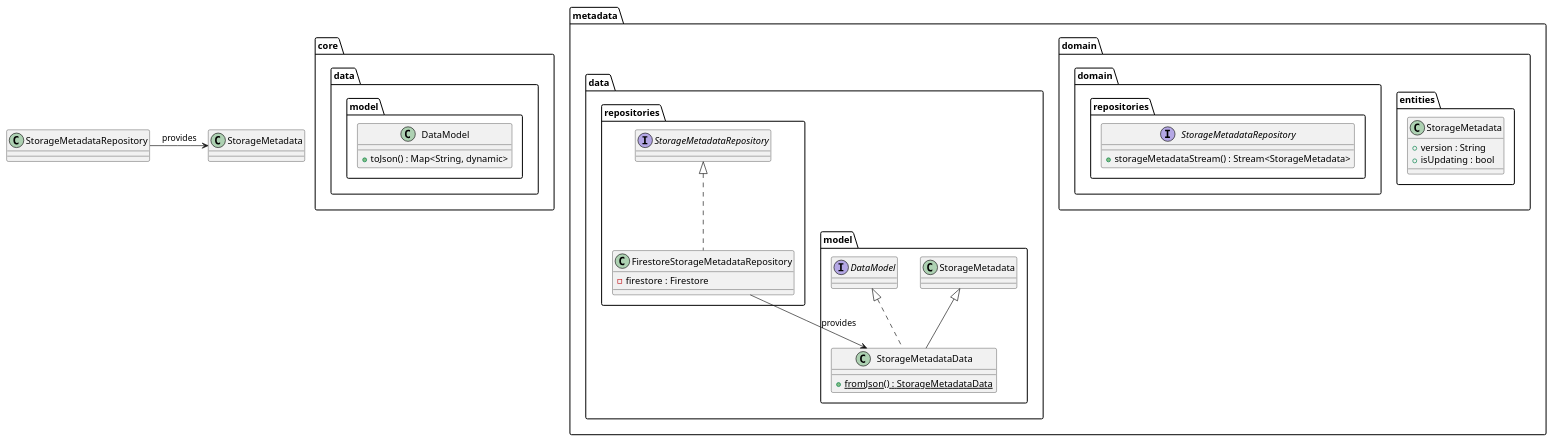
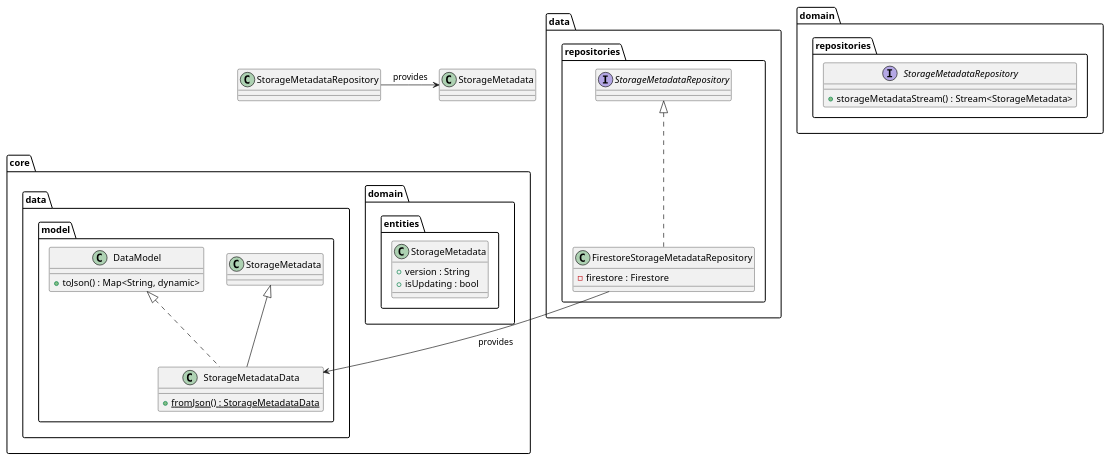
Before and after one commit to Flank/flank-dashboard: the diagram in metrics/web/docs/features/supported_database_version/diagrams/metadata_data_class_diagram.puml, drawn with PlantUML. The commit also changed 5 other files, not shown here.

Commit message:
Fix web docs and diagrams contents

```diff
--- a/metrics/web/docs/features/supported_database_version/diagrams/metadata_data_class_diagram.puml
+++ b/metrics/web/docs/features/supported_database_version/diagrams/metadata_data_class_diagram.puml
@@ -1,48 +1,41 @@
 @startuml metadata_data_class_diagram
 
-package core.data.model {
-    class DataModel {
-        + toJson() : Map<String, dynamic>
+package core {
+    package domain.entities {
+        class StorageMetadata {
+            + version : String
+            + isUpdating : bool
+        }
+    }
+
+    package data.model {
+        class StorageMetadataData extends StorageMetadata implements DataModel {
+            + {static} fromJson() : StorageMetadataData
+        }
+
+        class DataModel {
+            + toJson() : Map<String, dynamic>
+        }
     }
 }
 
-package metadata {
 
-    package domain {
-        package entities {
-            class StorageMetadata {
-                + version : String
-                + isUpdating : bool
-            }
-        }
-
-        package repositories as domain.repositories {
-            interface StorageMetadataRepository {
-                + storageMetadataStream() : Stream<StorageMetadata>
-            }
-        }
-
-    }
-
-    package data {
-        package model {
-            class StorageMetadataData extends StorageMetadata implements DataModel {
-                + {static} fromJson() : StorageMetadataData
-            }
-        }
-
-
-        package repositories {
-            class FirestoreStorageMetadataRepository implements StorageMetadataRepository {
-                - firestore : Firestore
-            }
-        }
+package domain.repositories {
+    interface StorageMetadataRepository {
+        + storageMetadataStream() : Stream<StorageMetadata>
     }
 }
+
+package data.repositories {
+    class FirestoreStorageMetadataRepository implements StorageMetadataRepository {
+        - firestore : Firestore
+    }
+}
+
 
 FirestoreStorageMetadataRepository --> StorageMetadataData : provides
 
 StorageMetadataRepository -> StorageMetadata : provides
 
 
 @enduml
```
